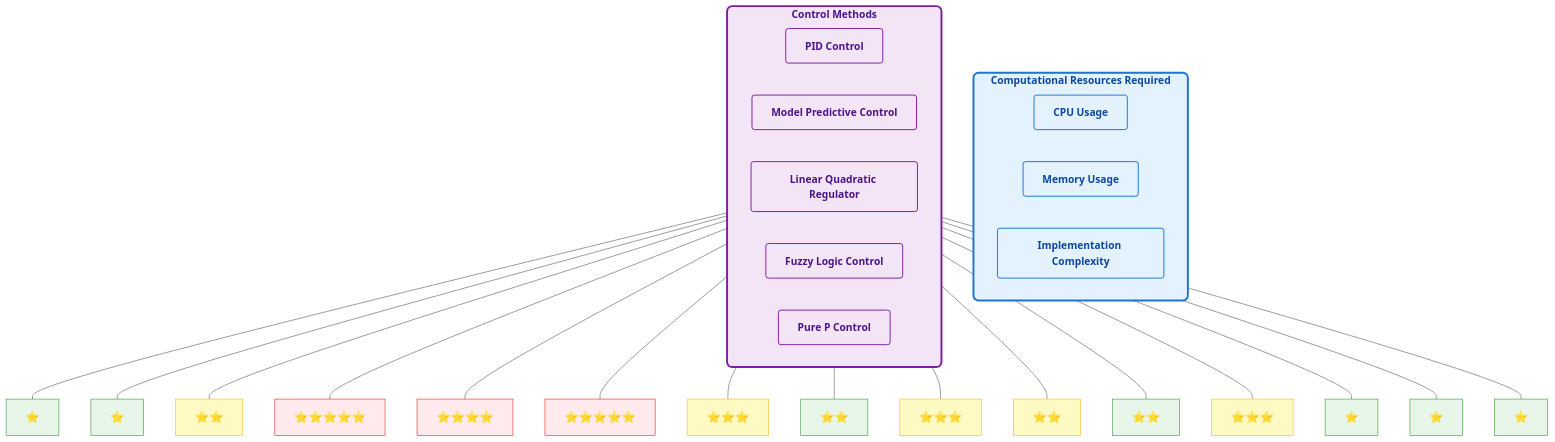
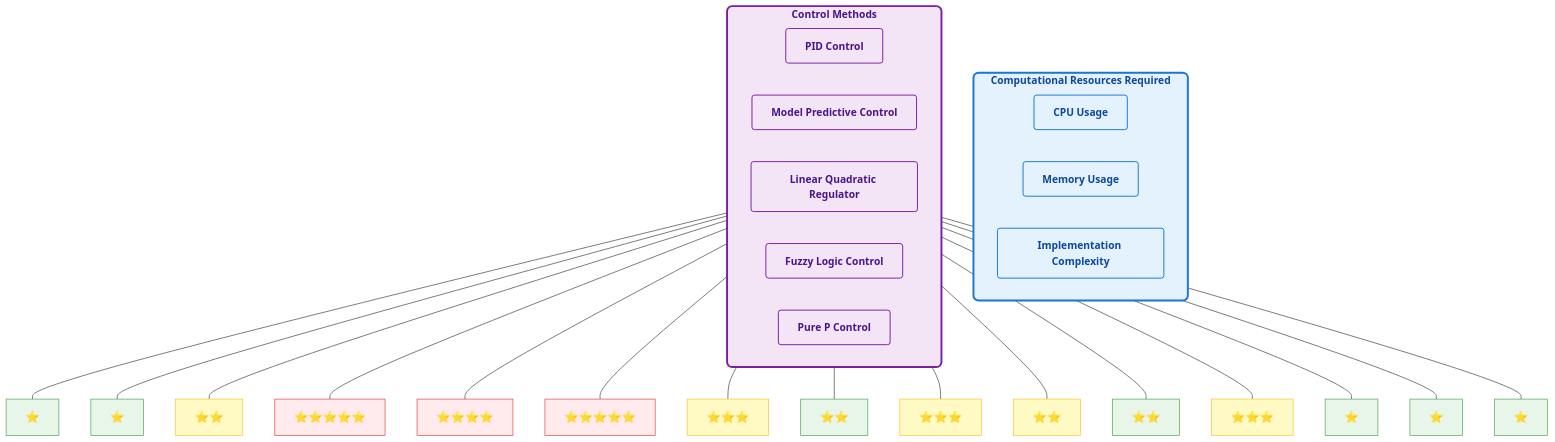
The eighth of 19 diagrams in ros2_ball_chase_ws/docs/PidController.md (acoderu/BallChase), drawn with Mermaid before and after one commit. The commit also changed other lines of this file and 3 other files, not shown here.

````diff
--- a/ros2_ball_chase_ws/docs/PidController.md
+++ b/ros2_ball_chase_ws/docs/PidController.md
@@ -895,60 +912,60 @@
 ```mermaid
-%%{init: {"theme": "neutral", "themeVariables": {"fontSize": "16px", "primaryColor": "#1976d2", "primaryTextColor": "#ffffff", "secondaryColor": "#7b1fa2", "secondaryTextColor": "#ffffff", "tertiaryColor": "#388e3c", "tertiaryTextColor": "#ffffff"}}}%%
+%%{init: {"theme": "neutral", "themeVariables": {"lineColor": "#333333", "textColor": "#333333", "labelTextColor": "#000000", "labelColor": "#000000", "fontSize": "16px", "primaryColor": "#1976d2", "primaryTextColor": "#ffffff", "secondaryColor": "#7b1fa2", "secondaryTextColor": "#ffffff", "tertiaryColor": "#388e3c", "tertiaryTextColor": "#ffffff"}}}%%
 graph TD
     subgraph Resources["Computational Resources Required"]
         direction LR
         CPU[CPU Usage]
         Memory[Memory Usage]
         Complexity[Implementation Complexity]
     end
     
     subgraph Methods["Control Methods"]
         direction LR
         PID[PID Control]
         MPC[Model Predictive Control]
         LQR[Linear Quadratic Regulator]
         FUZZY[Fuzzy Logic Control]
         PureP[Pure P Control]
     end
     
     PID --- CPU1["⭐"]
     PID --- Memory1["⭐"]
     PID --- Complex1["⭐⭐"]
     
     MPC --- CPU2["⭐⭐⭐⭐⭐"]
     MPC --- Memory2["⭐⭐⭐⭐"]
     MPC --- Complex2["⭐⭐⭐⭐⭐"]
     
     LQR --- CPU3["⭐⭐⭐"]
     LQR --- Memory3["⭐⭐"]
     LQR --- Complex3["⭐⭐⭐"]
     
     FUZZY --- CPU4["⭐⭐"]
     FUZZY --- Memory4["⭐⭐"]
     FUZZY --- Complex4["⭐⭐⭐"]
     
     PureP --- CPU5["⭐"]
     PureP --- Memory5["⭐"]
     PureP --- Complex5["⭐"]
     
     %% Enhanced styling for better readability
     classDef resourceGroup fill:#e3f2fd,stroke:#1976d2,stroke-width:3px,rx:8,ry:8,color:#0d47a1,font-weight:bold
     classDef methodGroup fill:#f3e5f5,stroke:#7b1fa2,stroke-width:3px,rx:8,ry:8,color:#4a148c,font-weight:bold
     
     classDef resourceLabels fill:#e3f2fd,stroke:#1976d2,stroke-width:1.5px,rx:4,ry:4,color:#0d47a1,font-weight:bold
     classDef methodNodes fill:#f3e5f5,stroke:#7b1fa2,stroke-width:1.5px,rx:4,ry:4,color:#4a148c,font-weight:bold
     
     classDef starLow fill:#e8f5e9,stroke:#43a047,stroke-width:1px,color:#2e7d32,font-weight:bold,font-size:18px
     classDef starMed fill:#fff9c4,stroke:#fbc02d,stroke-width:1px,color:#f57f17,font-weight:bold,font-size:18px
     classDef starHigh fill:#ffebee,stroke:#e53935,stroke-width:1px,color:#c62828,font-weight:bold,font-size:18px
     
     class Resources resourceGroup
     class Methods methodGroup
     
     class CPU,Memory,Complexity resourceLabels
     class PID,MPC,LQR,FUZZY,PureP methodNodes
     
     class CPU1,Memory1,Memory3,Memory4,Memory5,CPU5,Complex5 starLow
     class CPU3,CPU4,Complex1,Complex4,Complex3 starMed
     class CPU2,Memory2,Complex2 starHigh
 ```
````
